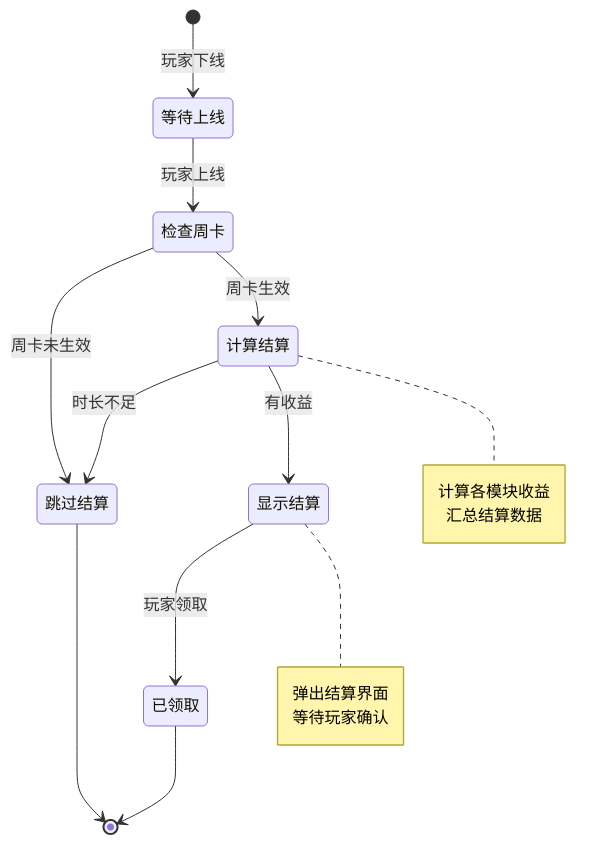
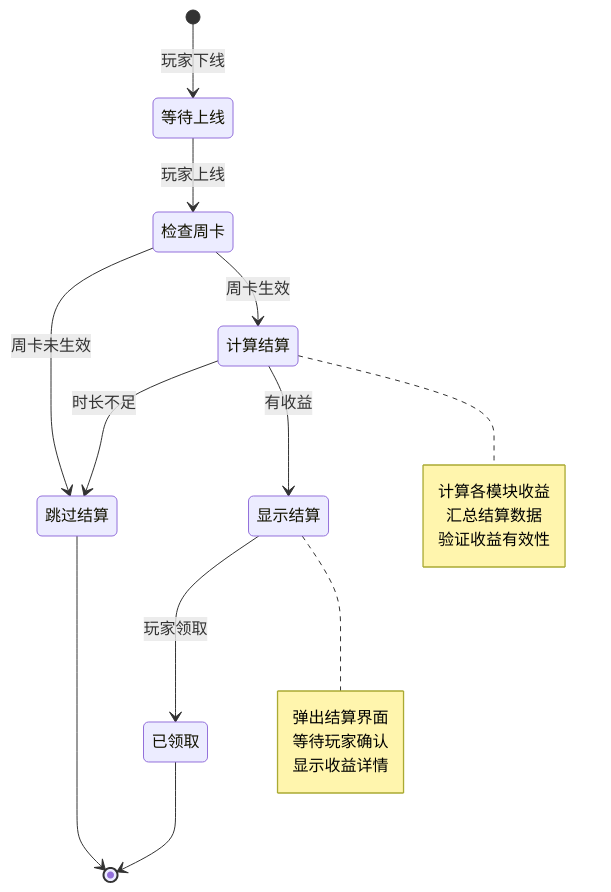
The third of 6 diagrams in docs/Module_WeekCard/06_实现细节.md (Alan-Ben/k2c_game_framework), drawn with Mermaid before and after one commit. The commit also changed other lines of this file and 5 other files, not shown here.

````diff
--- a/docs/Module_WeekCard/06_实现细节.md
+++ b/docs/Module_WeekCard/06_实现细节.md
@@ -120,22 +143,24 @@
 ```mermaid
 stateDiagram-v2
     [*] --> 等待上线: 玩家下线
     等待上线 --> 检查周卡: 玩家上线
     检查周卡 --> 跳过结算: 周卡未生效
     检查周卡 --> 计算结算: 周卡生效
     计算结算 --> 跳过结算: 时长不足
     计算结算 --> 显示结算: 有收益
     显示结算 --> 已领取: 玩家领取
     已领取 --> [*]
     跳过结算 --> [*]
 
     note right of 计算结算
         计算各模块收益
         汇总结算数据
+        验证收益有效性
     end note
 
     note right of 显示结算
         弹出结算界面
         等待玩家确认
+        显示收益详情
     end note
 ```
````
